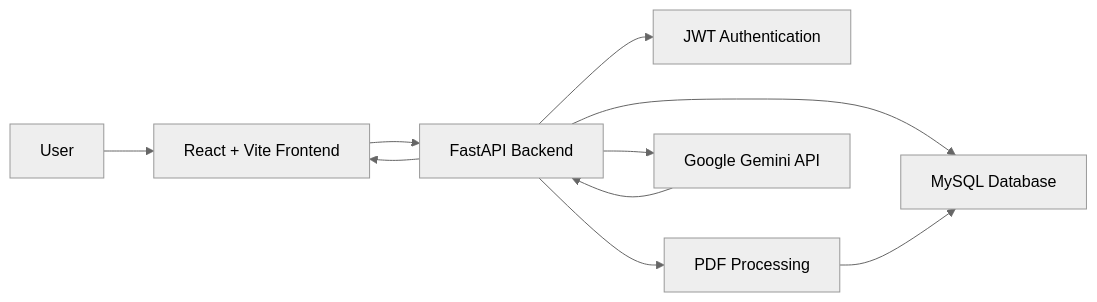
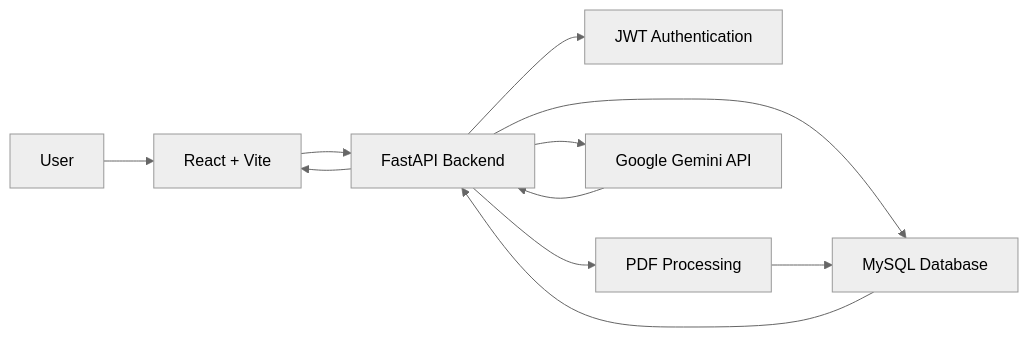
The diagram in README.md (BikramKeshariSwain/AI-Powered-Research-Assistant), drawn with Mermaid (neutral theme) before and after one commit. The commit also changed other lines of this file and 4 other files, not shown here.

````diff
--- a/README.md
+++ b/README.md
@@ -65,14 +94,15 @@
 ```mermaid
 flowchart LR
-    A[User] --> B[React + Vite Frontend]
+    A[User] --> B[React + Vite]
     B --> C[FastAPI Backend]
 
     C --> D[JWT Authentication]
     C --> E[PDF Processing]
     C --> F[MySQL Database]
     C --> G[Google Gemini API]
 
     E --> F
+    F --> C
     G --> C
     C --> B
 ```
````
